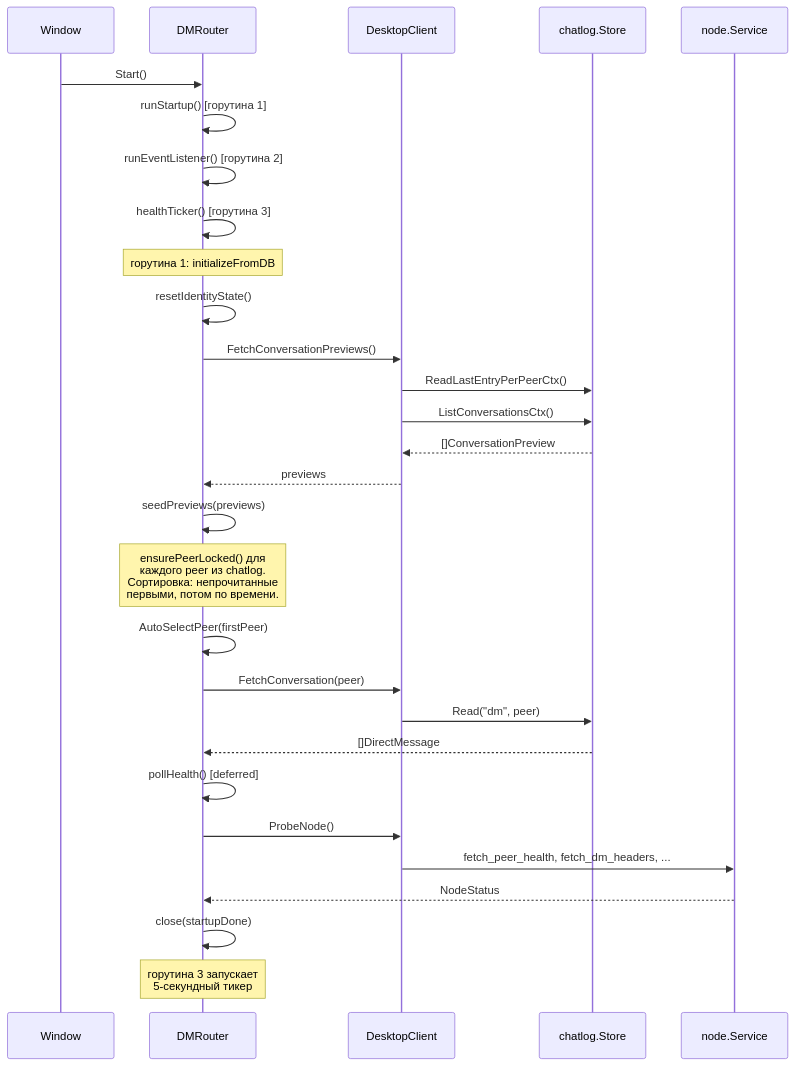
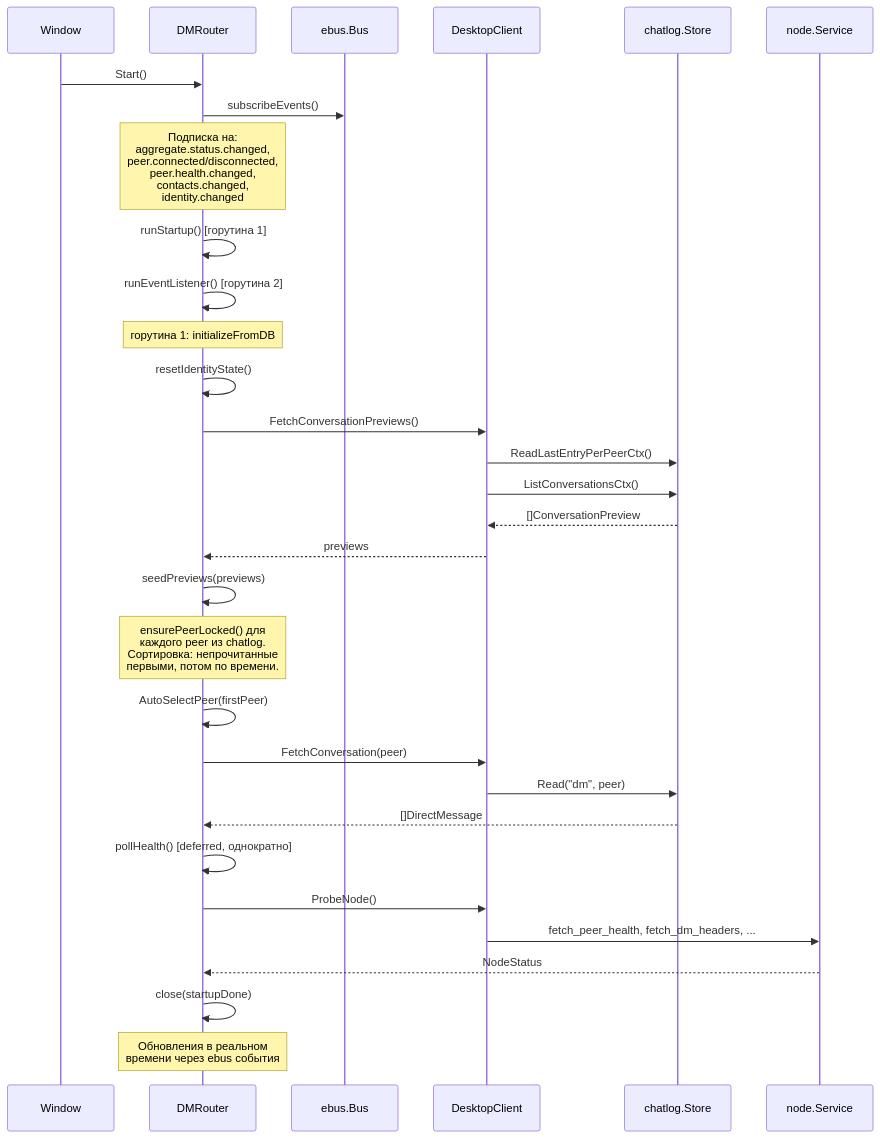
The seventh of 10 diagrams in docs/ui.md (piratecash/corsa), drawn with Mermaid before and after one commit. The commit also changed other lines of this file and 75 other files, not shown here.

First line of the commit message:
refactor(ebus): introduce async topic bus and move node state propagation onto ebus

````diff
--- a/docs/ui.md
+++ b/docs/ui.md
@@ -412,38 +442,40 @@
 ```mermaid
 sequenceDiagram
     participant Win as Window
     participant Router as DMRouter
+    participant eBus as ebus.Bus
     participant Client as DesktopClient
     participant DB as chatlog.Store
     participant Node as node.Service
 
     Win->>Router: Start()
+    Router->>eBus: subscribeEvents()
+    Note over Router: Подписка на:<br/>aggregate.status.changed,<br/>peer.connected/disconnected,<br/>peer.health.changed,<br/>contacts.changed,<br/>identity.changed
     Router->>Router: runStartup() [горутина 1]
     Router->>Router: runEventListener() [горутина 2]
-    Router->>Router: healthTicker() [горутина 3]
 
     Note over Router: горутина 1: initializeFromDB
 
     Router->>Router: resetIdentityState()
     Router->>Client: FetchConversationPreviews()
     Client->>DB: ReadLastEntryPerPeerCtx()
     Client->>DB: ListConversationsCtx()
     DB-->>Client: []ConversationPreview
     Client-->>Router: previews
 
     Router->>Router: seedPreviews(previews)
     Note over Router: ensurePeerLocked() для<br/>каждого peer из chatlog.<br/>Сортировка: непрочитанные<br/>первыми, потом по времени.
 
     Router->>Router: AutoSelectPeer(firstPeer)
     Router->>Client: FetchConversation(peer)
     Client->>DB: Read("dm", peer)
     DB-->>Router: []DirectMessage
 
-    Router->>Router: pollHealth() [deferred]
+    Router->>Router: pollHealth() [deferred, однократно]
     Router->>Client: ProbeNode()
     Client->>Node: fetch_peer_health, fetch_dm_headers, ...
     Node-->>Router: NodeStatus
 
     Router->>Router: close(startupDone)
-    Note over Router: горутина 3 запускает<br/>5-секундный тикер
+    Note over Router: Обновления в реальном<br/>времени через ebus события
 ```
````
